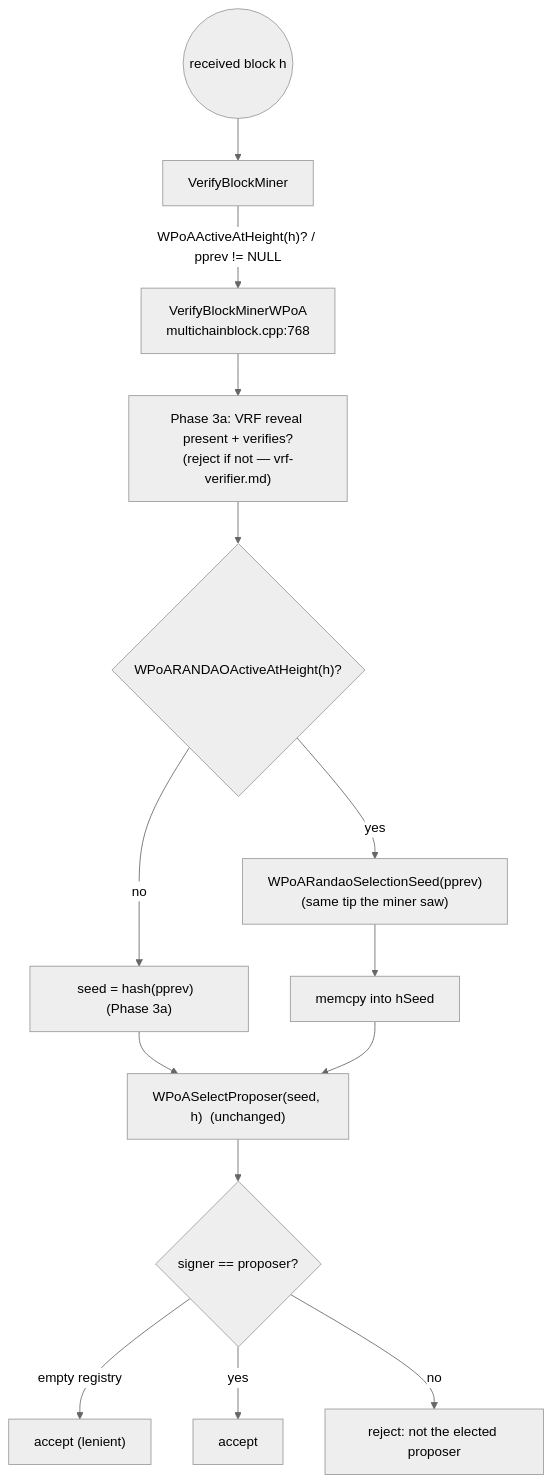
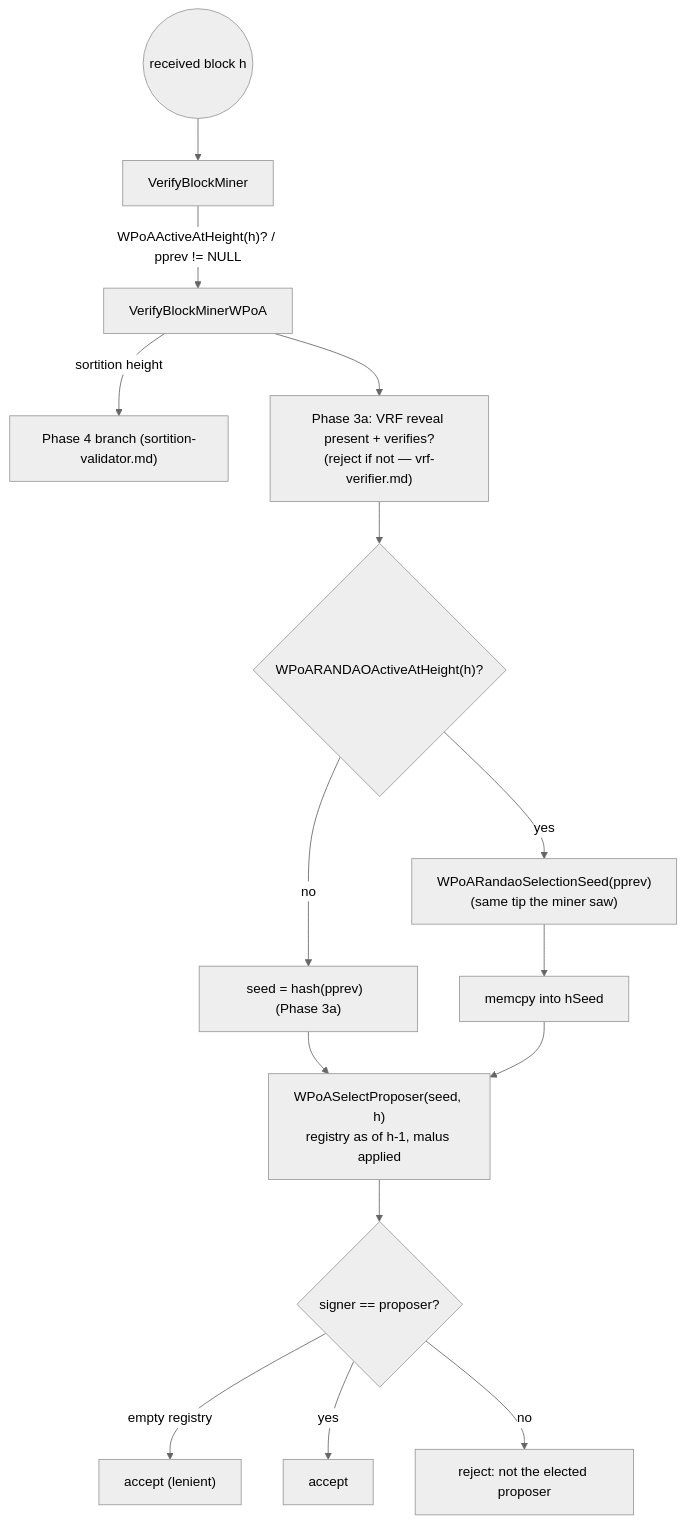
Before and after one commit to FeMattu/multichain: the diagram in docs/randao-validator.md, drawn with Mermaid (neutral theme). The commit also changed other lines of this file and 44 other files, not shown here.

````diff
--- a/docs/randao-validator.md
+++ b/docs/randao-validator.md
@@ -157,16 +152,17 @@
 ```mermaid
 flowchart TD
     NET(("received block h")) --> VBM["VerifyBlockMiner"]
-    VBM -->|"WPoAActiveAtHeight(h)? / pprev != NULL"| VW["VerifyBlockMinerWPoA<br/>multichainblock.cpp:768"]
+    VBM -->|"WPoAActiveAtHeight(h)? / pprev != NULL"| VW["VerifyBlockMinerWPoA"]
+    VW -->|sortition height| S4["Phase 4 branch (sortition-validator.md)"]
     VW --> VRF["Phase 3a: VRF reveal present + verifies?<br/>(reject if not — vrf-verifier.md)"]
     VRF --> BR{"WPoARANDAOActiveAtHeight(h)?"}
     BR -->|no| DEF["seed = hash(pprev)  (Phase 3a)"]
     BR -->|yes| SEED["WPoARandaoSelectionSeed(pprev)<br/>(same tip the miner saw)"]
     SEED --> OVER["memcpy into hSeed"]
-    DEF --> ELECT["WPoASelectProposer(seed, h)  (unchanged)"]
+    DEF --> ELECT["WPoASelectProposer(seed, h)<br/>registry as of h-1, malus applied"]
     OVER --> ELECT
     ELECT --> DECIDE{"signer == proposer?"}
     DECIDE -->|empty registry| ACC["accept (lenient)"]
     DECIDE -->|yes| ACC2["accept"]
     DECIDE -->|no| REJ["reject: not the elected proposer"]
 ```
````
